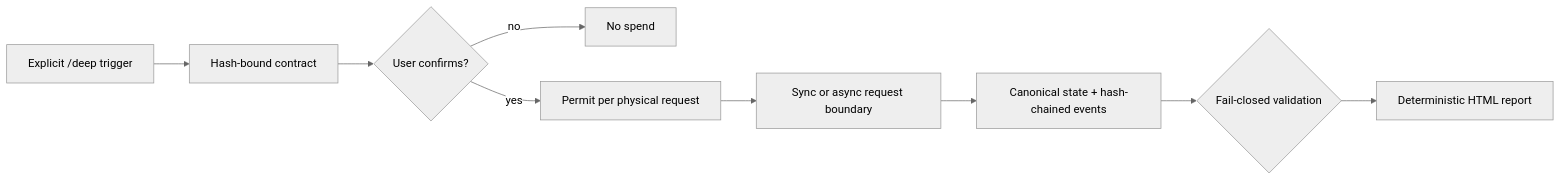
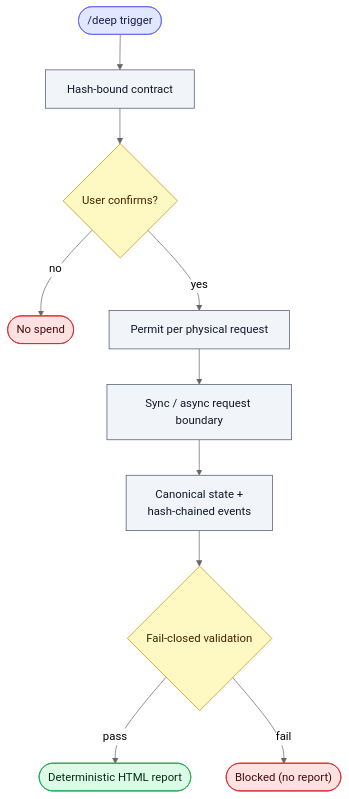
One commit to jechiu16/agent-deep-research-trigger changed the diagram in README.md. Above: the diagram before and after it, drawn with Mermaid (neutral theme). The commit also changed other lines of this file and 1 other file, not shown here.

Commit message:
docs: redesign How it works flowchart
Switches the pipeline diagram from a cramped single-row LR layout to a
top-down flow with shape semantics (stadium for start/terminal states,
rectangles for process, diamonds for decisions) and color-coded node
classes. Adds the validation pass/fail branch so the fail-closed
terminal is explicit. Reflows a few paragraphs to keep README.md within
the enforced line budget. Mirrored in README.zh-TW.md.

````diff
--- a/README.md
+++ b/README.md
@@ -143,11 +139,18 @@
 ```mermaid
-flowchart LR
-    T["Explicit /deep trigger"] --> C["Hash-bound contract"]
-    C --> U{"User confirms?"}
-    U -- no --> X["No spend"]
-    U -- yes --> P["Permit per physical request"]
-    P --> B["Sync or async request boundary"]
-    B --> S["Canonical state + hash-chained events"]
-    S --> V{"Fail-closed validation"}
-    V --> R["Deterministic HTML report"]
+flowchart TD
+    T(["/deep trigger"]):::trig --> C["Hash-bound contract"]:::proc
+    C --> U{"User confirms?"}:::dec
+    U -- no --> X(["No spend"]):::stop
+    U -- yes --> P["Permit per physical request"]:::proc
+    P --> B["Sync / async request boundary"]:::proc
+    B --> S["Canonical state +<br/>hash-chained events"]:::proc
+    S --> V{"Fail-closed validation"}:::dec
+    V -- pass --> R(["Deterministic HTML report"]):::done
+    V -- fail --> H(["Blocked (no report)"]):::stop
+
+    classDef trig fill:#e0e7ff,stroke:#6366f1,color:#1e1b4b;
+    classDef proc fill:#f1f5f9,stroke:#475569,color:#0f172a;
+    classDef dec fill:#fef9c3,stroke:#ca8a04,color:#422006;
+    classDef stop fill:#fee2e2,stroke:#dc2626,color:#450a0a;
+    classDef done fill:#dcfce7,stroke:#16a34a,color:#052e16;
 ```
````
